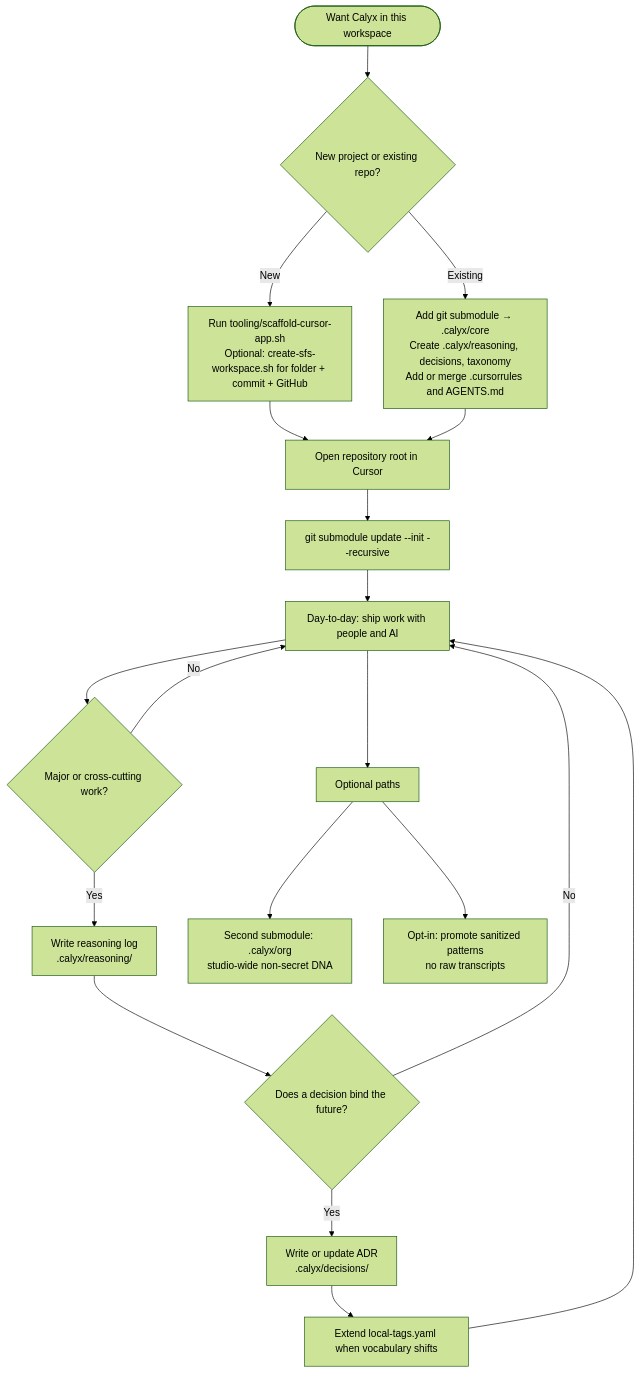
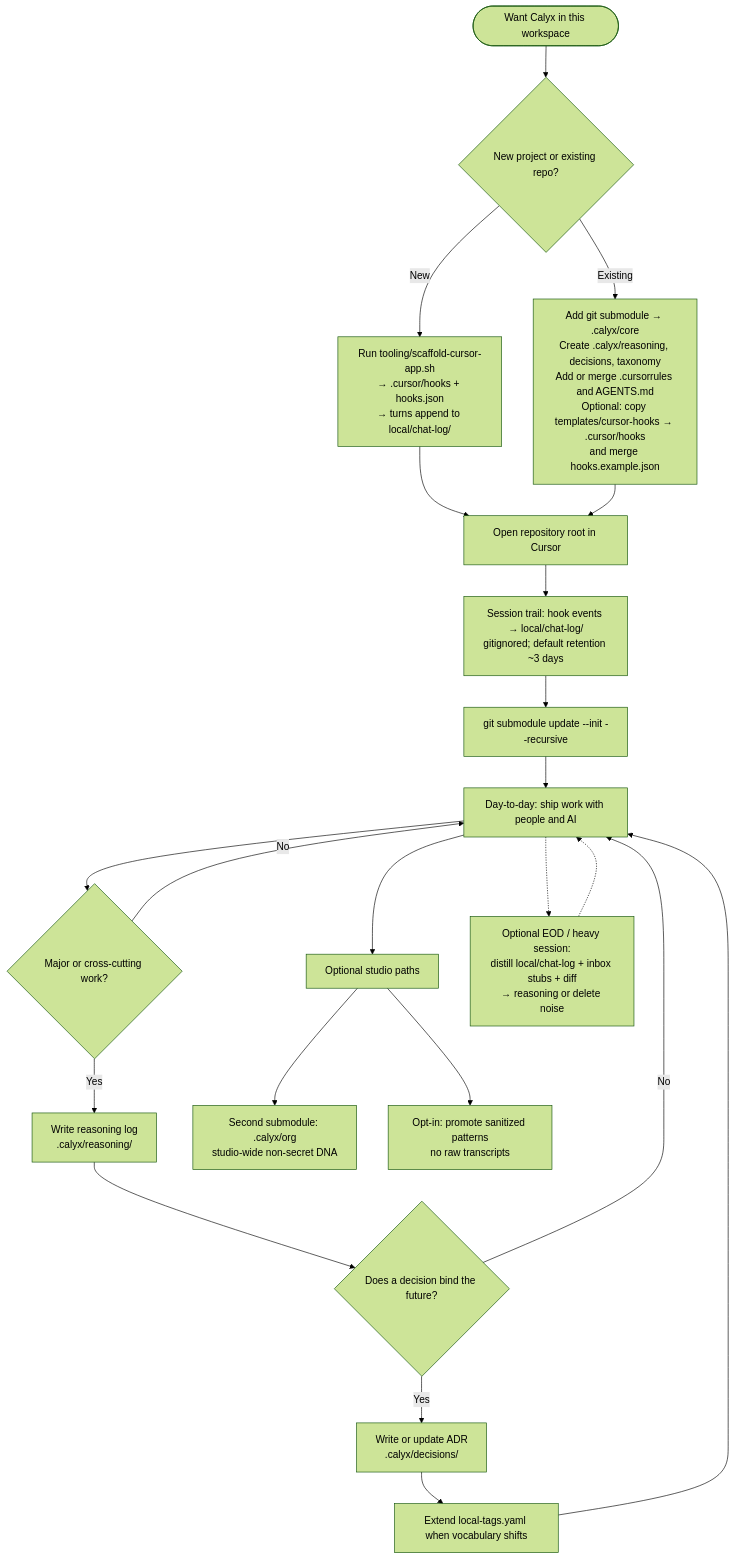
One commit to cfolsensfs/calyx-core changed the diagram in docs/ux-flow.md. Above: the diagram before and after it, drawn with Mermaid (forest theme). The commit also changed other lines of this file and 2 other files, not shown here.

Commit message:
docs: refresh ux-flow for Cursor chat-log automation and EOD distill
- Mermaid: scaffold/brownfield hook install, local/chat-log trail, optional EOD loop
- Table: automation quick reference; workflow.md links cursor-local-chat-log

````diff
--- a/docs/ux-flow.md
+++ b/docs/ux-flow.md
@@ -7,33 +7,37 @@
 ```mermaid
 flowchart TB
   start([Want Calyx in this workspace])
 
   start --> fork{New project or existing repo?}
 
-  fork -->|New| scaffold["Run tooling/scaffold-cursor-app.sh<br/>Optional: create-sfs-workspace.sh for folder + commit + GitHub"]
-  fork -->|Existing| brown["Add git submodule → .calyx/core<br/>Create .calyx/reasoning, decisions, taxonomy<br/>Add or merge .cursorrules and AGENTS.md"]
+  fork -->|New| scaffold["Run tooling/scaffold-cursor-app.sh<br/>→ .cursor/hooks + hooks.json<br/>→ turns append to local/chat-log/"]
+  fork -->|Existing| brown["Add git submodule → .calyx/core<br/>Create .calyx/reasoning, decisions, taxonomy<br/>Add or merge .cursorrules and AGENTS.md<br/>Optional: copy templates/cursor-hooks → .cursor/hooks<br/>and merge hooks.example.json"]
 
   scaffold --> cursor[Open repository root in Cursor]
   brown --> cursor
 
-  cursor --> sub["git submodule update --init --recursive"]
+  cursor --> chatTrail["Session trail: hook events → local/chat-log/<br/>gitignored; default retention ~3 days"]
+  chatTrail --> sub["git submodule update --init --recursive"]
 
   sub --> daily[Day-to-day: ship work with people and AI]
 
   daily --> gate{Major or cross-cutting work?}
 
   gate -->|No| daily
   gate -->|Yes| log[Write reasoning log<br/>.calyx/reasoning/]
 
   log --> bind{Does a decision bind the future?}
 
   bind -->|No| daily
   bind -->|Yes| adr[Write or update ADR<br/>.calyx/decisions/]
 
   adr --> tags[Extend local-tags.yaml when vocabulary shifts]
   tags --> daily
 
-  daily --> optional[Optional paths]
-  optional --> org[Second submodule: .calyx/org<br/>studio-wide non-secret DNA]
-  optional --> commons[Opt-in: promote sanitized patterns<br/>no raw transcripts]
+  daily --> optionalStudio[Optional studio paths]
+  optionalStudio --> org[Second submodule: .calyx/org<br/>studio-wide non-secret DNA]
+  optionalStudio --> commons[Opt-in: promote sanitized patterns<br/>no raw transcripts]
+
+  daily -.-> eod["Optional EOD / heavy session:<br/>distill local/chat-log + inbox stubs + diff<br/>→ reasoning or delete noise"]
+  eod -.-> daily
 ```
````
